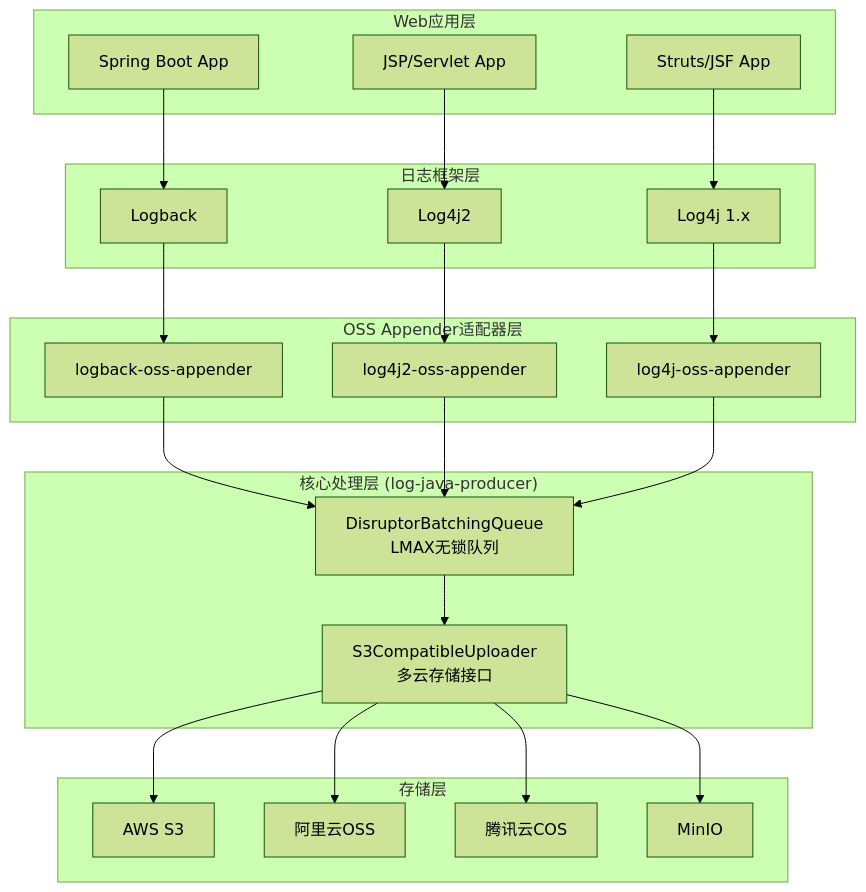
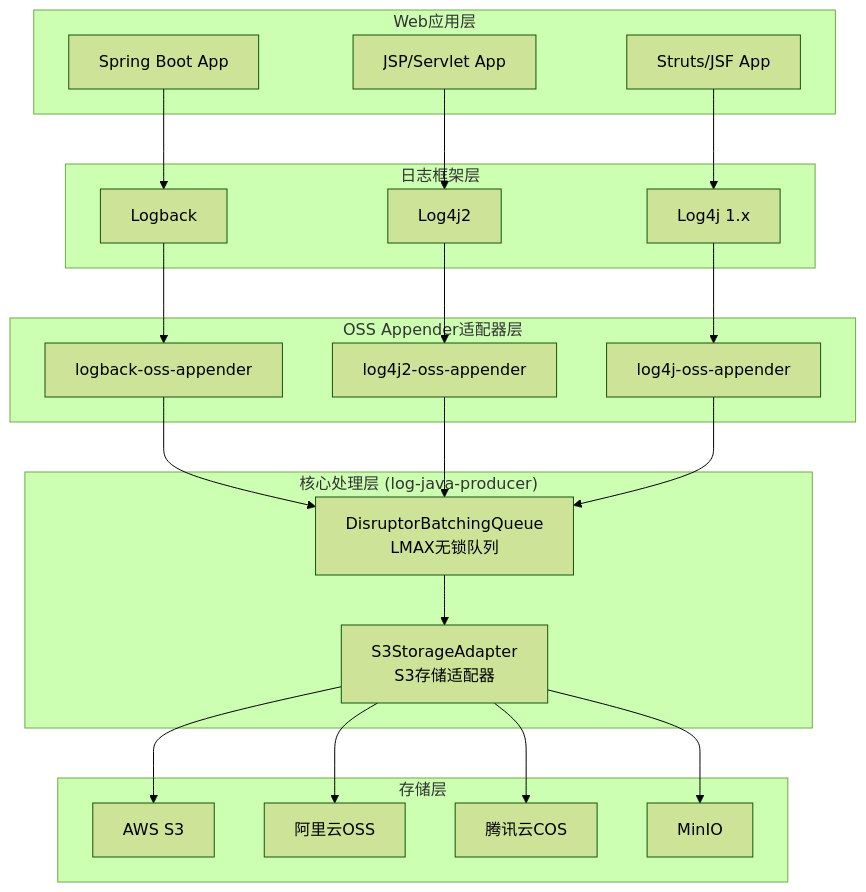
One commit to kzy77/logx-oss-appender changed the diagram in docs/brownfield-architecture.md. Above: the diagram before and after it, drawn with Mermaid (forest theme). The commit also changed other lines of this file and 22 other files, not shown here.

````diff
--- a/docs/brownfield-architecture.md
+++ b/docs/brownfield-architecture.md
@@ -50,47 +50,47 @@
 ```mermaid
 graph TB
     subgraph "Web应用层"
         A[Spring Boot App]
         B[JSP/Servlet App]
         C[Struts/JSF App]
     end
 
     subgraph "日志框架层"
         D[Logback]
         E[Log4j2]
         F[Log4j 1.x]
     end
 
     subgraph "OSS Appender适配器层"
         G[logback-oss-appender]
         H[log4j2-oss-appender]
         I[log4j-oss-appender]
     end
 
     subgraph "核心处理层 (log-java-producer)"
         J[DisruptorBatchingQueue<br/>LMAX无锁队列]
-        K[S3CompatibleUploader<br/>多云存储接口]
+        K[S3StorageAdapter<br/>S3存储适配器]
     end
 
     subgraph "存储层"
         L[AWS S3]
         M[阿里云OSS]
         N[腾讯云COS]
         O[MinIO]
     end
 
     A --> D
     B --> E
     C --> F
     D --> G
     E --> H
     F --> I
     G --> J
     H --> J
     I --> J
     J --> K
     K --> L
     K --> M
     K --> N
     K --> O
 ```
````
